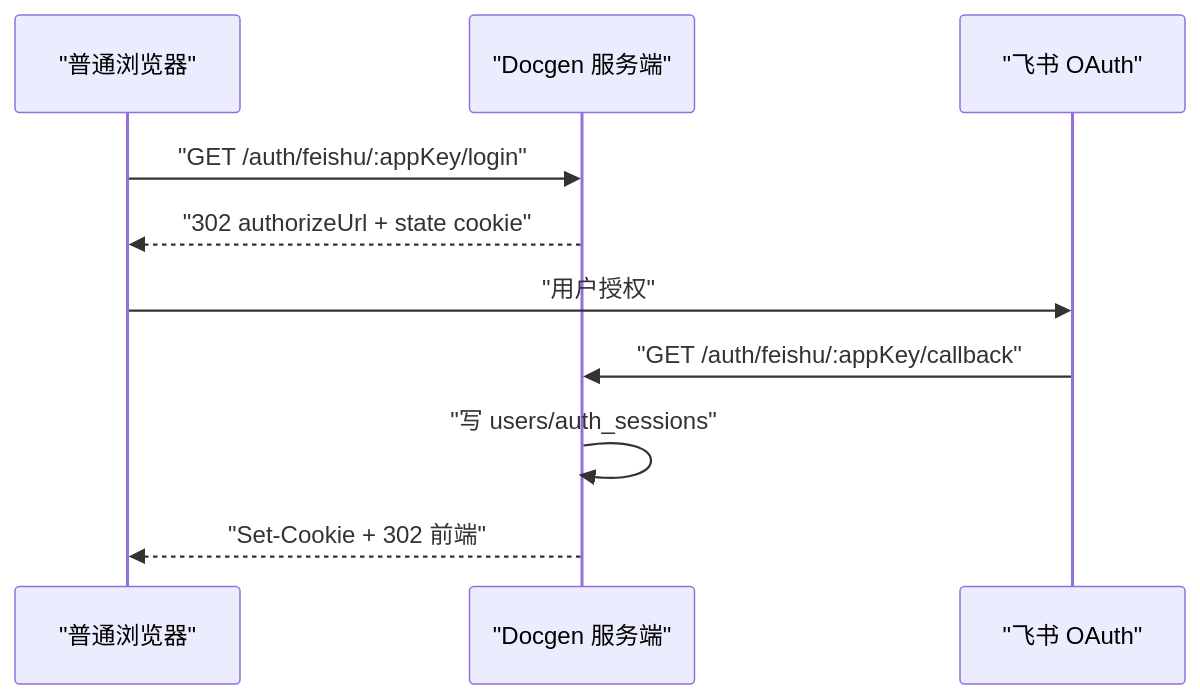
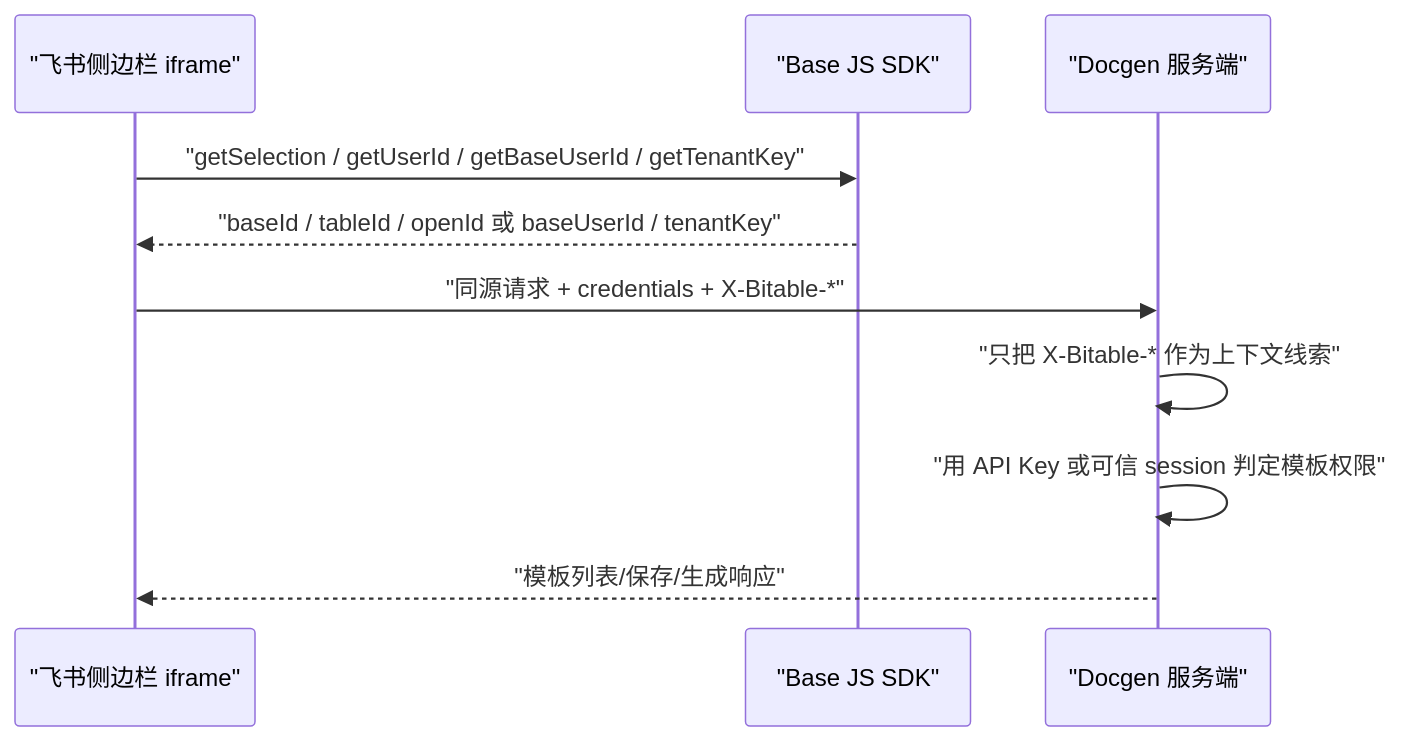
One commit to garyzheng0714-lang/larkdocvar-login changed the second of 2 diagrams in docs/docx-api-architecture.md. Above: the diagram before and after it, drawn with Mermaid. The commit also changed other lines of this file and 27 other files, not shown here.

````diff
--- a/docs/docx-api-architecture.md
+++ b/docs/docx-api-architecture.md
@@ -139,12 +119,12 @@
 ```mermaid
 sequenceDiagram
-  participant Browser as "普通浏览器"
+  participant Iframe as "飞书侧边栏 iframe"
+  participant SDK as "Base JS SDK"
   participant Server as "Docgen 服务端"
-  participant Feishu as "飞书 OAuth"
-  Browser->>Server: "GET /auth/feishu/:appKey/login"
-  Server-->>Browser: "302 authorizeUrl + state cookie"
-  Browser->>Feishu: "用户授权"
-  Feishu->>Server: "GET /auth/feishu/:appKey/callback"
-  Server->>Server: "写 users/auth_sessions"
-  Server-->>Browser: "Set-Cookie + 302 前端"
+  Iframe->>SDK: "getSelection / getUserId / getBaseUserId / getTenantKey"
+  SDK-->>Iframe: "baseId / tableId / openId 或 baseUserId / tenantKey"
+  Iframe->>Server: "同源请求 + credentials + X-Bitable-*"
+  Server->>Server: "只把 X-Bitable-* 作为上下文线索"
+  Server->>Server: "用 API Key 或可信 session 判定模板权限"
+  Server-->>Iframe: "模板列表/保存/生成响应"
 ```
````
